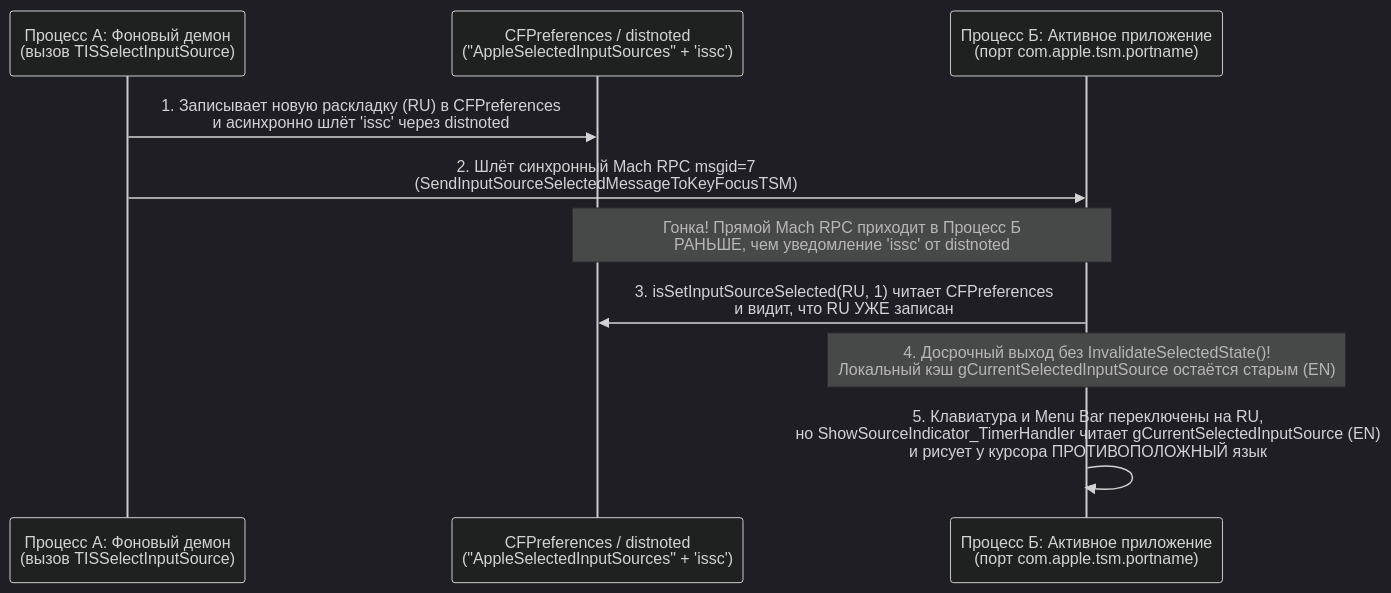
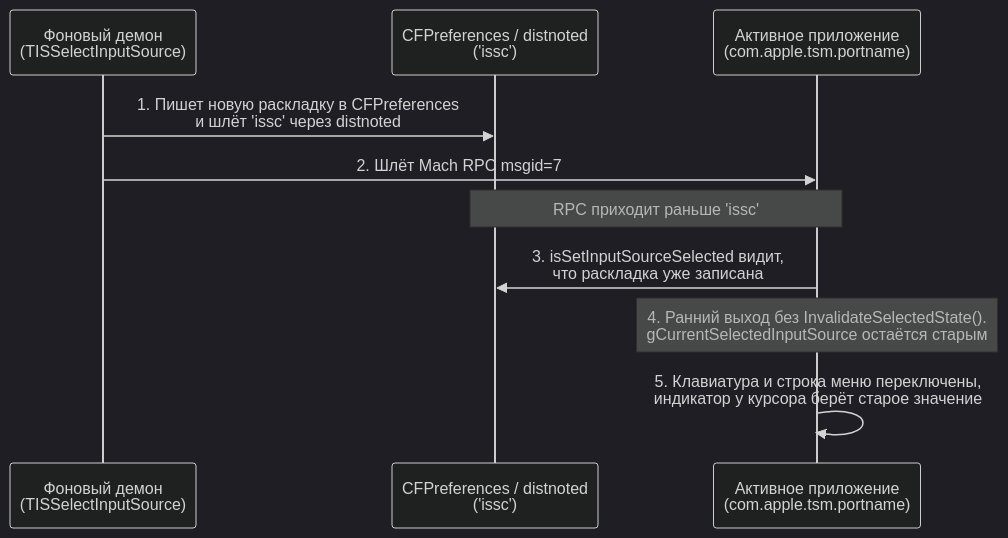
One commit to vldks/globe-switcher-macos changed the second of 2 diagrams in README.ru.md. Above: the diagram before and after it, drawn with Mermaid (dark theme). The commit also changed other lines of this file and 1 other file, not shown here.

````diff
--- a/README.ru.md
+++ b/README.ru.md
@@ -168,13 +128,13 @@
 ```mermaid
 sequenceDiagram
-    participant Daemon as Процесс А: Фоновый демон<br/>(вызов TISSelectInputSource)
-    participant Prefs as CFPreferences / distnoted<br/>("AppleSelectedInputSources" + 'issc')
-    participant App as Процесс Б: Активное приложение<br/>(порт com.apple.tsm.portname)
+    participant Daemon as Фоновый демон<br/>(TISSelectInputSource)
+    participant Prefs as CFPreferences / distnoted<br/>('issc')
+    participant App as Активное приложение<br/>(com.apple.tsm.portname)
 
-    Daemon->>Prefs: 1. Записывает новую раскладку (RU) в CFPreferences<br/>и асинхронно шлёт 'issc' через distnoted
-    Daemon->>App: 2. Шлёт синхронный Mach RPC msgid=7<br/>(SendInputSourceSelectedMessageToKeyFocusTSM)
-    Note over App,Prefs: Гонка! Прямой Mach RPC приходит в Процесс Б<br/>РАНЬШЕ, чем уведомление 'issc' от distnoted
-    App->>Prefs: 3. isSetInputSourceSelected(RU, 1) читает CFPreferences<br/>и видит, что RU УЖЕ записан
-    Note over App: 4. Досрочный выход без InvalidateSelectedState()!<br/>Локальный кэш gCurrentSelectedInputSource остаётся старым (EN)
-    App->>App: 5. Клавиатура и Menu Bar переключены на RU,<br/>но ShowSourceIndicator_TimerHandler читает gCurrentSelectedInputSource (EN)<br/>и рисует у курсора ПРОТИВОПОЛОЖНЫЙ язык
+    Daemon->>Prefs: 1. Пишет новую раскладку в CFPreferences<br/>и шлёт 'issc' через distnoted
+    Daemon->>App: 2. Шлёт Mach RPC msgid=7
+    Note over App,Prefs: RPC приходит раньше 'issc'
+    App->>Prefs: 3. isSetInputSourceSelected видит,<br/>что раскладка уже записана
+    Note over App: 4. Ранний выход без InvalidateSelectedState().<br/>gCurrentSelectedInputSource остаётся старым
+    App->>App: 5. Клавиатура и строка меню переключены,<br/>индикатор у курсора берёт старое значение
 ```
````
